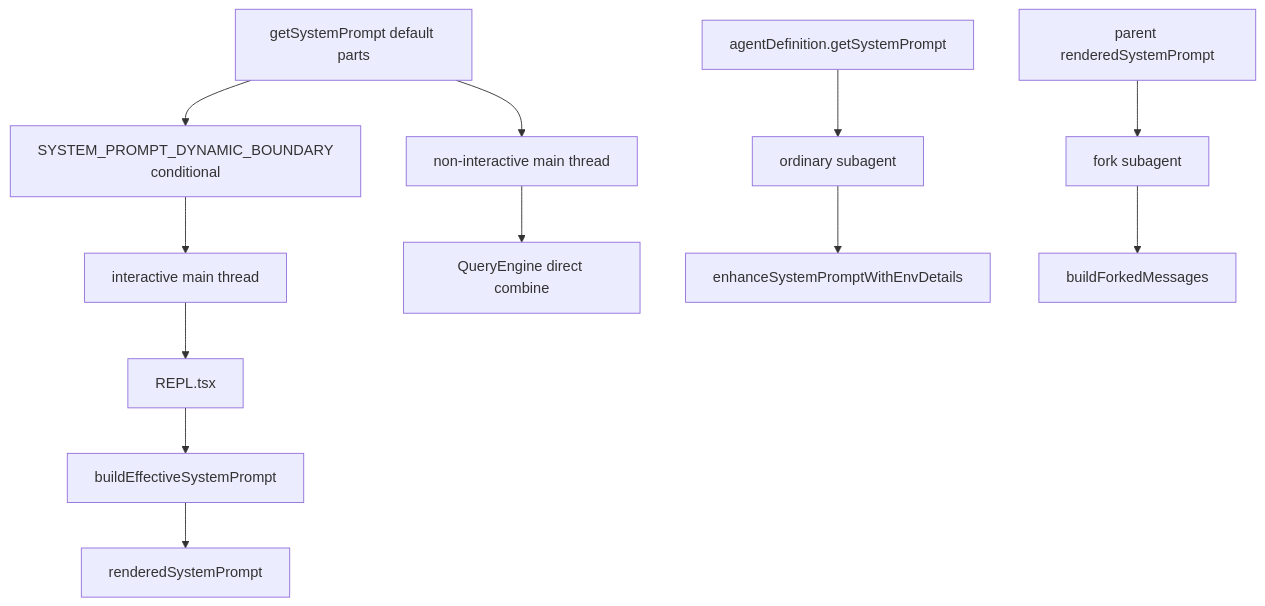
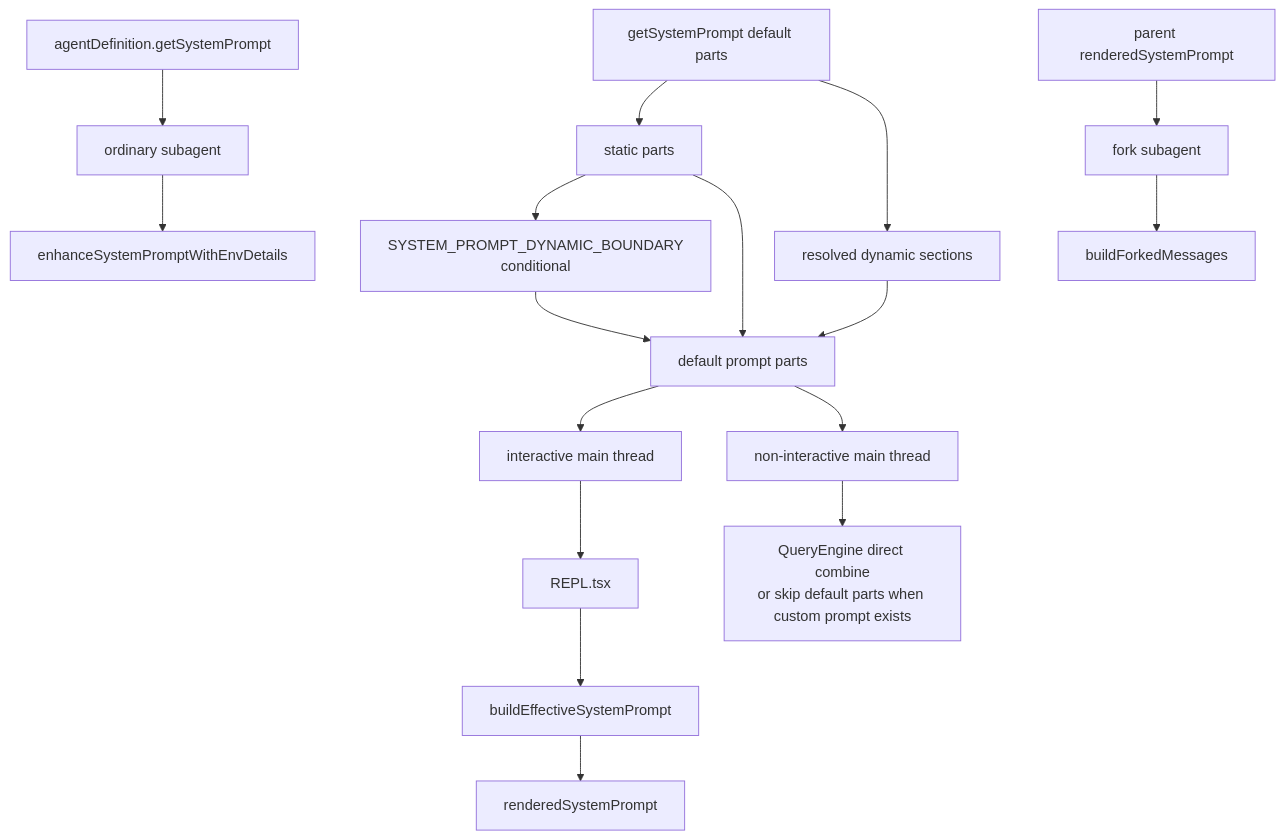
The diagram in PROMPTS/system-prompt-assembly.md (Boulea7/ClaudeCode-Source-DeepDive), drawn with Mermaid before and after one commit. The commit also changed other lines of this file and 8 other files, not shown here.

````diff
--- a/PROMPTS/system-prompt-assembly.md
+++ b/PROMPTS/system-prompt-assembly.md
@@ -207,17 +203,23 @@
 ```mermaid
 flowchart TD
-    A[getSystemPrompt default parts] --> B[SYSTEM_PROMPT_DYNAMIC_BOUNDARY<br/>conditional]
-    B --> C[interactive main thread]
-    C --> D[REPL.tsx]
-    D --> E[buildEffectiveSystemPrompt]
-    E --> F[renderedSystemPrompt]
+    A[getSystemPrompt default parts] --> B[static parts]
+    A --> C[resolved dynamic sections]
+    B --> D[SYSTEM_PROMPT_DYNAMIC_BOUNDARY<br/>conditional]
+    B --> E[default prompt parts]
+    D --> E
+    C --> E
 
-    A --> G[non-interactive main thread]
-    G --> H[QueryEngine direct combine]
+    E --> F[interactive main thread]
+    F --> G[REPL.tsx]
+    G --> H[buildEffectiveSystemPrompt]
+    H --> I[renderedSystemPrompt]
 
-    I[agentDefinition.getSystemPrompt] --> J[ordinary subagent]
-    J --> K[enhanceSystemPromptWithEnvDetails]
+    E --> J[non-interactive main thread]
+    J --> K[QueryEngine direct combine<br/>or skip default parts when custom prompt exists]
 
-    L[parent renderedSystemPrompt] --> M[fork subagent]
-    M --> N[buildForkedMessages]
+    L[agentDefinition.getSystemPrompt] --> M[ordinary subagent]
+    M --> N[enhanceSystemPromptWithEnvDetails]
+
+    O[parent renderedSystemPrompt] --> P[fork subagent]
+    P --> Q[buildForkedMessages]
 ```
````
